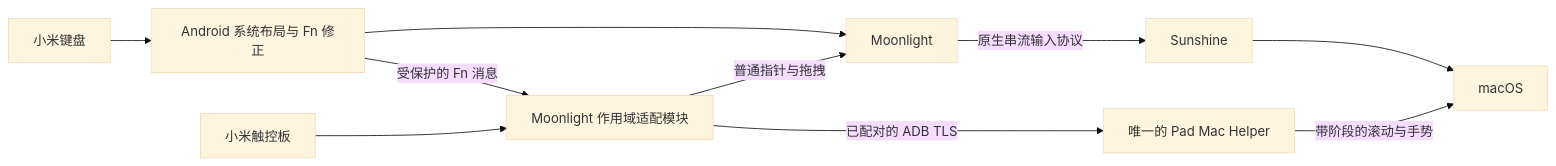
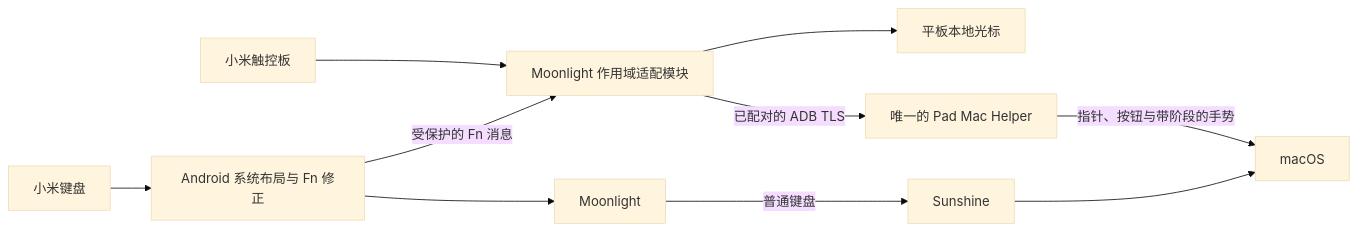
One commit to yatotm/mipad-mac-keymap changed the diagram in docs/moonlight-input.md. Above: the diagram before and after it, drawn with Mermaid (base theme). The commit also changed other lines of this file and 32 other files, not shown here.

````diff
--- a/docs/moonlight-input.md
+++ b/docs/moonlight-input.md
@@ -20,12 +20,12 @@
 ```mermaid
 flowchart LR
     K[小米键盘] --> S[Android 系统布局与 Fn 修正]
     S --> M[Moonlight]
     T[小米触控板] --> A[Moonlight 作用域适配模块]
-    A -->|普通指针与拖拽| M
-    M -->|原生串流输入协议| U[Sunshine]
+    A --> C[平板本地光标]
+    M -->|普通键盘| U[Sunshine]
     S -->|受保护的 Fn 消息| A
     A -->|已配对的 ADB TLS| H[唯一的 Pad Mac Helper]
-    H -->|带阶段的滚动与手势| OS[macOS]
+    H -->|指针、按钮与带阶段的手势| OS[macOS]
     U --> OS
 ```
````
